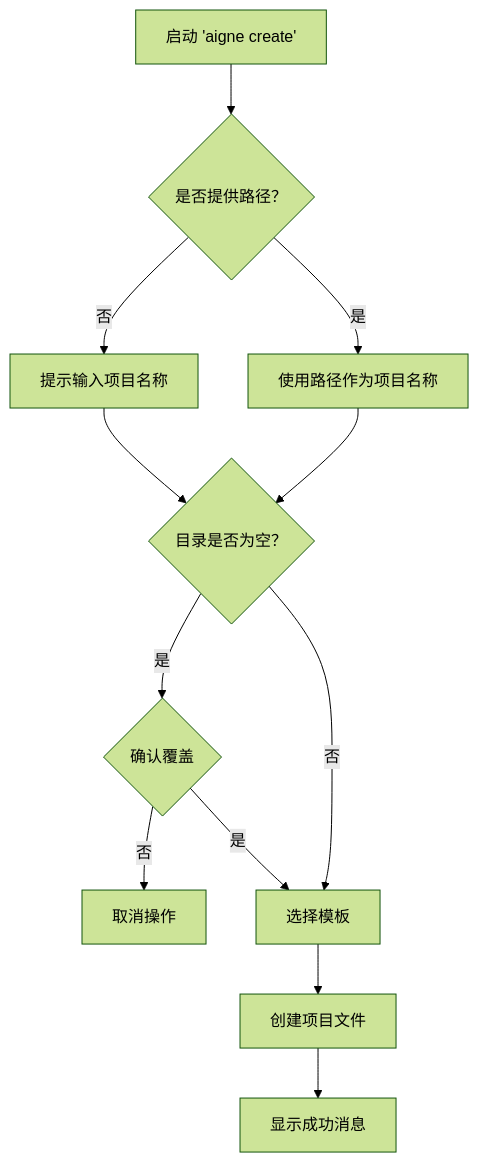
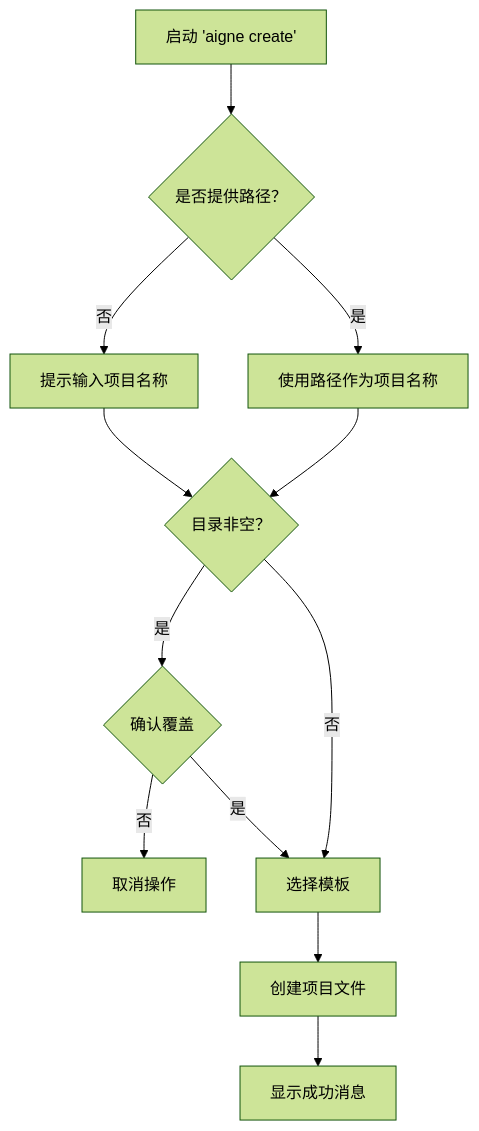
One commit to AIGNE-io/aigne-framework changed the diagram in packages/cli/docs/command-reference-create.zh.md. Above: the diagram before and after it, drawn with Mermaid (forest theme). The commit also changed other lines of this file and 39 other files, not shown here.

````diff
--- a/packages/cli/docs/command-reference-create.zh.md
+++ b/packages/cli/docs/command-reference-create.zh.md
@@ -5,14 +9,14 @@
 ```mermaid
 flowchart TD
     A["启动 'aigne create'"] --> B{"是否提供路径？"};
     B -- "否" --> C["提示输入项目名称"];
     B -- "是" --> D["使用路径作为项目名称"];
-    C --> E{"目录是否为空？"};
+    C --> E{"目录非空？"};
     D --> E;
     E -- "是" --> F{"确认覆盖"};
     F -- "否" --> G["取消操作"];
     F -- "是" --> H["选择模板"];
     E -- "否" --> H;
     H --> I["创建项目文件"];
     I --> J["显示成功消息"];
 ```
````
